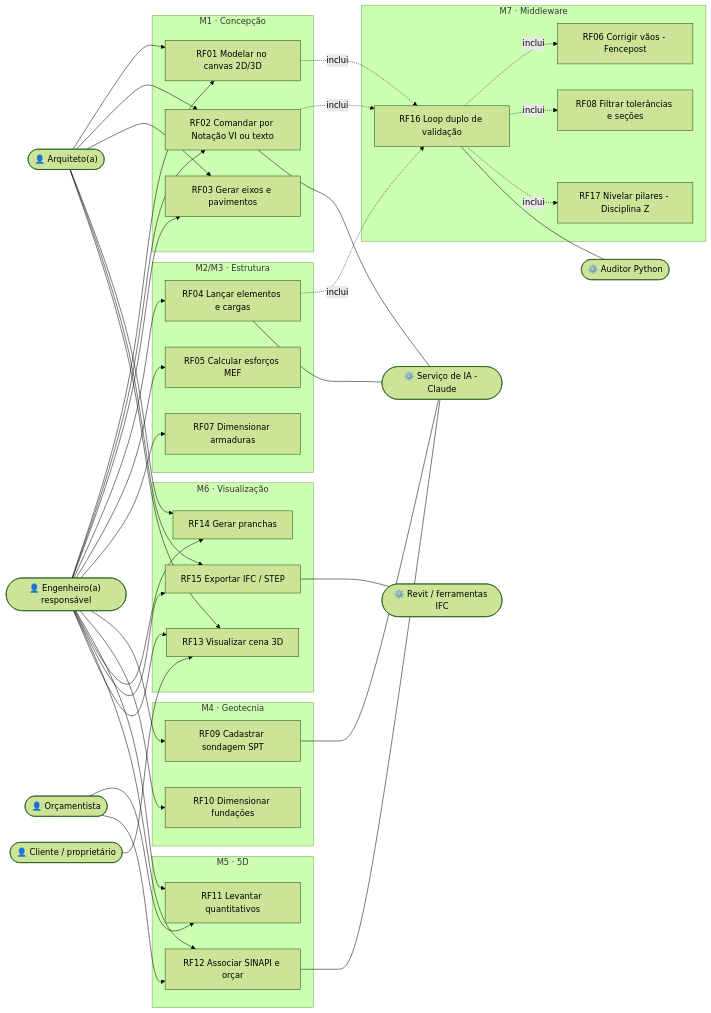
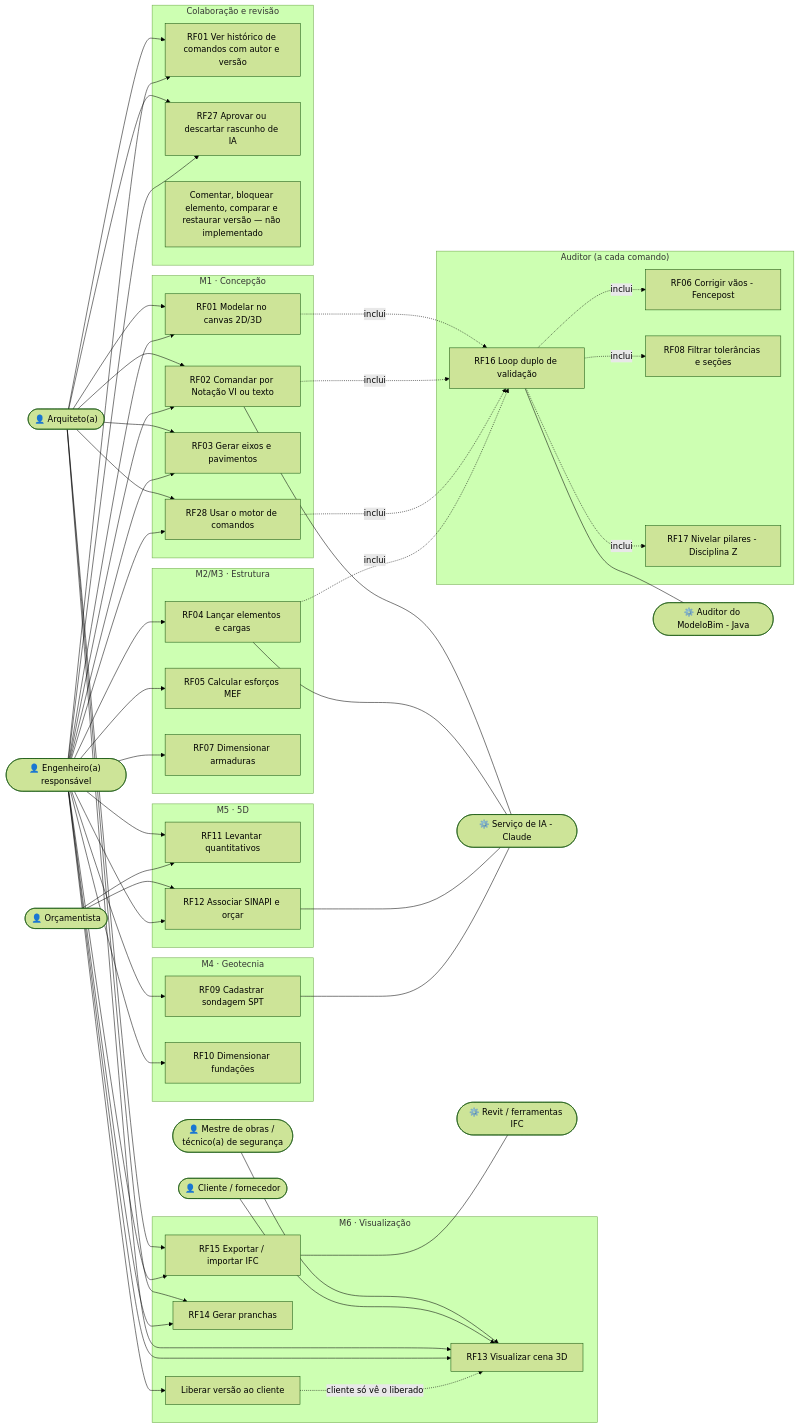
One commit to MatheusHaliski/CivilConstructorAI changed the second of 2 diagrams in docs/DIAGRAMA_CASOS_DE_USO.md. Above: the diagram before and after it, drawn with Mermaid (forest theme). The commit also changed other lines of this file and 65 other files, not shown here.

````diff
--- a/docs/DIAGRAMA_CASOS_DE_USO.md
+++ b/docs/DIAGRAMA_CASOS_DE_USO.md
@@ -53,56 +73,68 @@
 ```mermaid
 flowchart LR
   arq(["👤 Arquiteto(a)"])
   eng(["👤 Engenheiro(a) responsável"])
   orc(["👤 Orçamentista"])
-  cli(["👤 Cliente / proprietário"])
+  mestre(["👤 Mestre de obras / técnico(a) de segurança"])
+  cli(["👤 Cliente / fornecedor"])
   ia(["⚙️ Serviço de IA - Claude"])
-  aud(["⚙️ Auditor Python"])
+  aud(["⚙️ Auditor do ModeloBim - Java"])
   rev(["⚙️ Revit / ferramentas IFC"])
   subgraph M1["M1 · Concepção"]
     c1["RF01 Modelar no canvas 2D/3D"]
     c2["RF02 Comandar por Notação VI ou texto"]
     c3["RF03 Gerar eixos e pavimentos"]
+    c28["RF28 Usar o motor de comandos"]
   end
   subgraph M2M3["M2/M3 · Estrutura"]
     s4["RF04 Lançar elementos e cargas"]
     s5["RF05 Calcular esforços MEF"]
     s7["RF07 Dimensionar armaduras"]
   end
   subgraph M4["M4 · Geotecnia"]
     g9["RF09 Cadastrar sondagem SPT"]
     g10["RF10 Dimensionar fundações"]
   end
   subgraph M5["M5 · 5D"]
     q11["RF11 Levantar quantitativos"]
     q12["RF12 Associar SINAPI e orçar"]
   end
   subgraph M6["M6 · Visualização"]
     v13["RF13 Visualizar cena 3D"]
+    v13l["Liberar versão ao cliente"]
     v14["RF14 Gerar pranchas"]
-    v15["RF15 Exportar IFC / STEP"]
+    v15["RF15 Exportar / importar IFC"]
   end
-  subgraph M7["M7 · Middleware"]
+  subgraph AUD["Auditor (a cada comando)"]
     m16["RF16 Loop duplo de validação"]
     m6["RF06 Corrigir vãos - Fencepost"]
     m8["RF08 Filtrar tolerâncias e seções"]
     m17["RF17 Nivelar pilares - Disciplina Z"]
   end
-  arq --> c1 & c2 & c3 & v14 & v15
-  eng --> c1 & c2 & c3 & s4 & s5 & s7 & g9 & g10 & q11 & v14 & v15
+  subgraph COL["Colaboração e revisão"]
+    h1["RF01 Ver histórico de comandos com autor e versão"]
+    h27["RF27 Aprovar ou descartar rascunho de IA"]
+    hx["Comentar, bloquear elemento, comparar e restaurar versão — não implementado"]
+  end
+  arq --> c1 & c2 & c3 & c28 & v14 & v15 & h1 & h27
+  eng --> c1 & c2 & c3 & c28 & s4 & s5 & s7 & g9 & g10 & q11 & v14 & v15 & h1 & h27
+  eng --> v13l
   orc --> q11 & q12
   eng --> q12
+  mestre --> v13
   cli --> v13
   arq --> v13
   eng --> v13
   c1 -. inclui .-> m16
   c2 -. inclui .-> m16
+  c28 -. inclui .-> m16
   s4 -. inclui .-> m16
   m16 -. inclui .-> m6 & m8 & m17
+  v13l -. "cliente só vê o liberado" .-> v13
   c2 --- ia
   s4 --- ia
   q12 --- ia
   g9 --- ia
   m16 --- aud
   v15 --- rev
 ```
````
